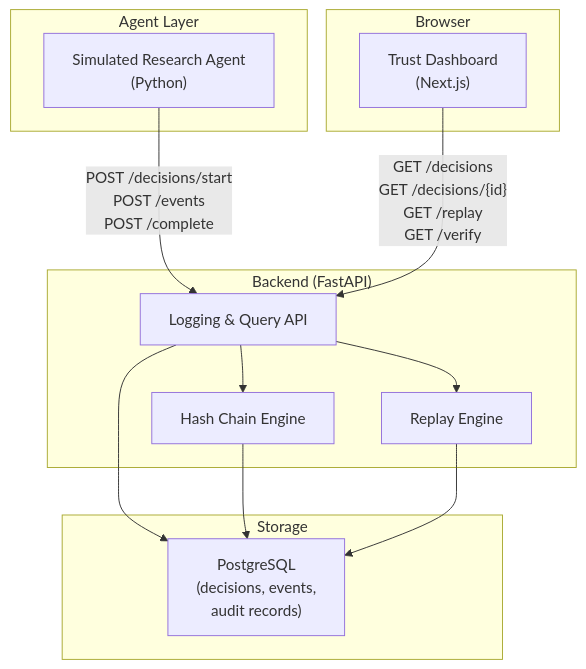
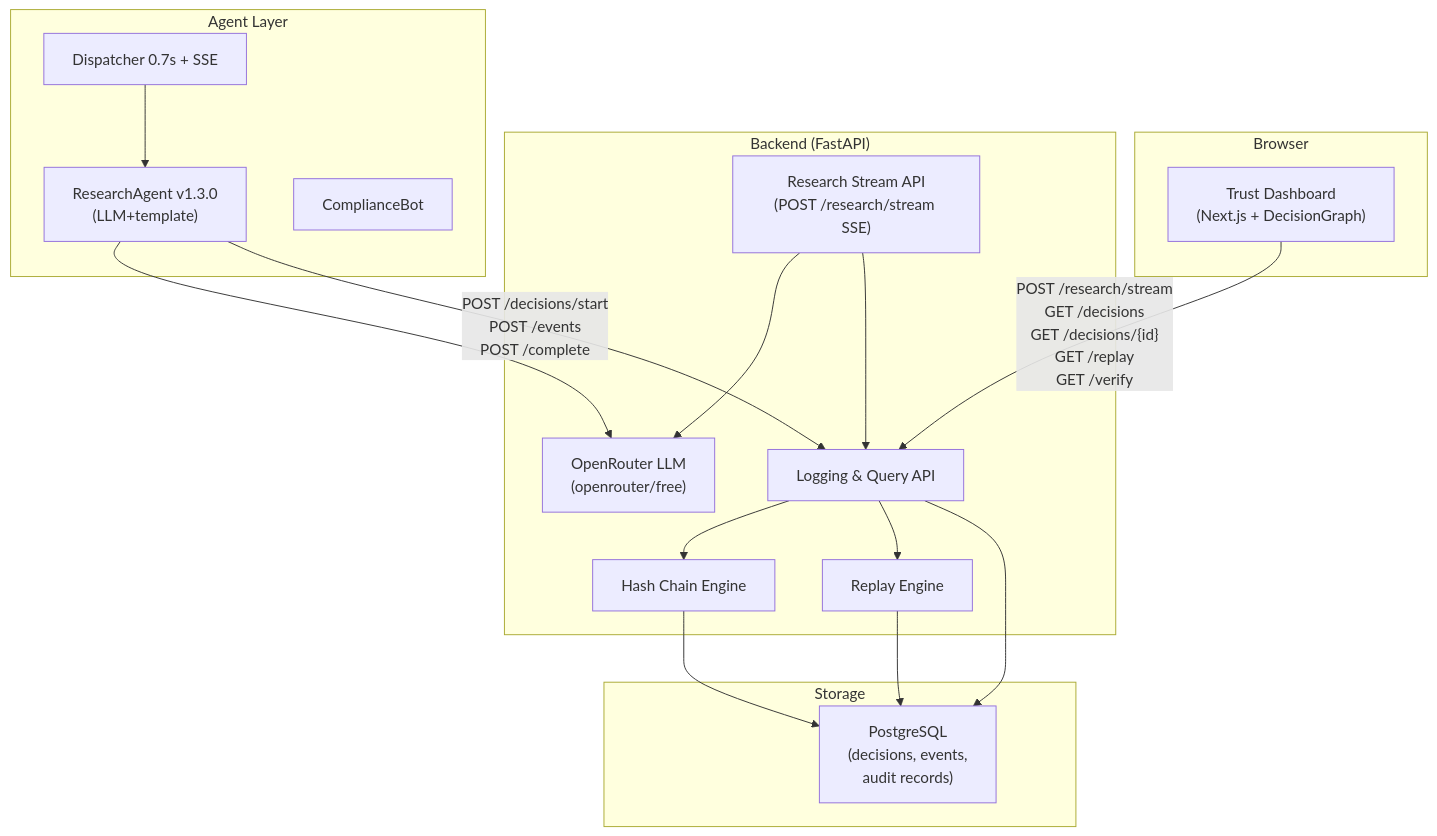
The diagram in docs/05_Tech_Stack_and_Architecture.md (ApexYash11/TrustLedger), drawn with Mermaid before and after one commit. The commit also changed other lines of this file and 4 other files, not shown here.

First line of the commit message:
docs: refresh README and 03/05/10 to live streaming + graph state

````diff
--- a/docs/05_Tech_Stack_and_Architecture.md
+++ b/docs/05_Tech_Stack_and_Architecture.md
@@ -99,28 +99,36 @@
 ```mermaid
 flowchart TB
     subgraph Client["Browser"]
-        Dashboard["Trust Dashboard<br/>(Next.js)"]
+        Dashboard["Trust Dashboard<br/>(Next.js + DecisionGraph)"]
     end
 
     subgraph Backend["Backend (FastAPI)"]
         API["Logging & Query API"]
+        StreamAPI["Research Stream API<br/>(POST /research/stream SSE)"]
+        LLM["OpenRouter LLM<br/>(openrouter/free)"]
         HashEngine["Hash Chain Engine"]
         ReplayEngine["Replay Engine"]
     end
 
     subgraph AgentLayer["Agent Layer"]
-        SimAgent["Simulated Research Agent<br/>(Python)"]
+        RAgent["ResearchAgent v1.3.0<br/>(LLM+template)"]
+        CAgent["ComplianceBot"]
+        Dispatcher["Dispatcher 0.7s + SSE"]
     end
 
     subgraph Storage["Storage"]
         PG["PostgreSQL<br/>(decisions, events,<br/>audit records)"]
     end
 
-    SimAgent -->|"POST /decisions/start<br/>POST /events<br/>POST /complete"| API
-    Dashboard -->|"GET /decisions<br/>GET /decisions/{id}<br/>GET /replay<br/>GET /verify"| API
+    RAgent --> LLM
+    RAgent -->|"POST /decisions/start<br/>POST /events<br/>POST /complete"| API
+    StreamAPI --> LLM
+    StreamAPI --> API
+    Dashboard -->|"POST /research/stream<br/>GET /decisions<br/>GET /decisions/{id}<br/>GET /replay<br/>GET /verify"| API
+    Dispatcher --> RAgent
     API --> HashEngine
     API --> ReplayEngine
     API --> PG
     HashEngine --> PG
     ReplayEngine --> PG
 ```
````
